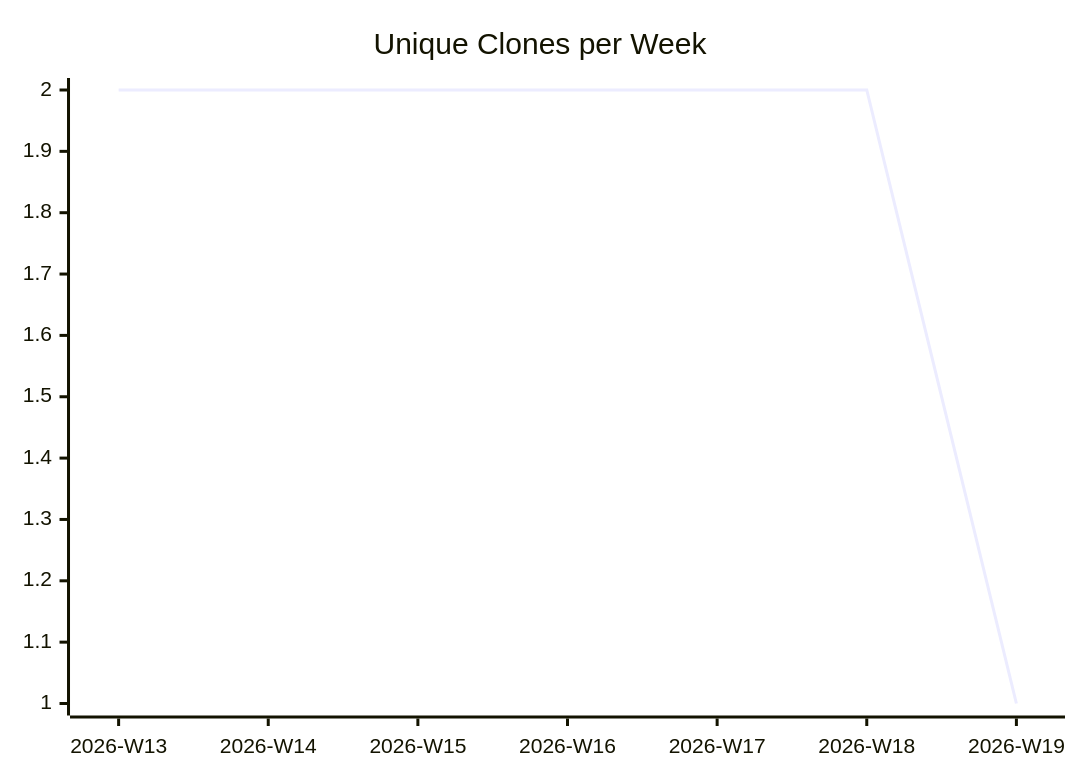
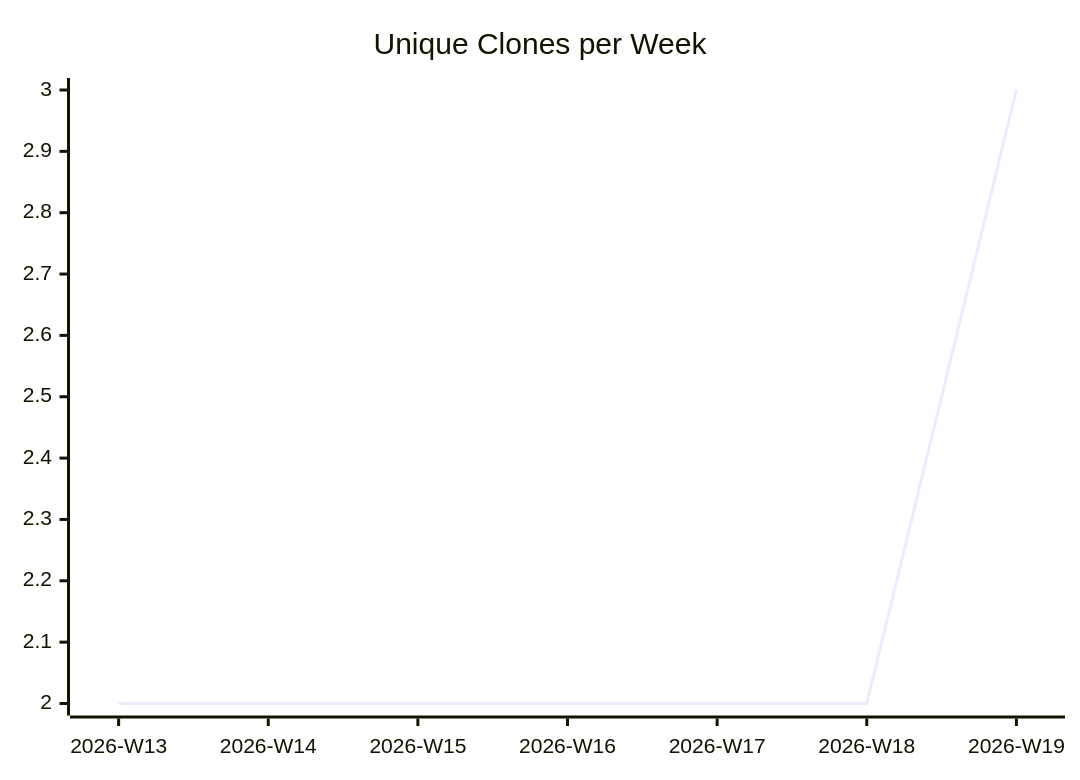
The third of 3 diagrams in karlmdavis/rps-tourney/README.md (justdavis-family/github-analytics-data), drawn with Mermaid before and after one commit. The commit also changed other lines of this file and 192 other files, not shown here.

````diff
--- a/karlmdavis/rps-tourney/README.md
+++ b/karlmdavis/rps-tourney/README.md
@@ -19,6 +19,6 @@
 ```mermaid
 xychart-beta
   title "Unique Clones per Week"
   x-axis ["2026-W13", "2026-W14", "2026-W15", "2026-W16", "2026-W17", "2026-W18", "2026-W19"]
-  line [2, 2, 2, 2, 2, 2, 1]
+  line [2, 2, 2, 2, 2, 2, 3]
 ```
````
